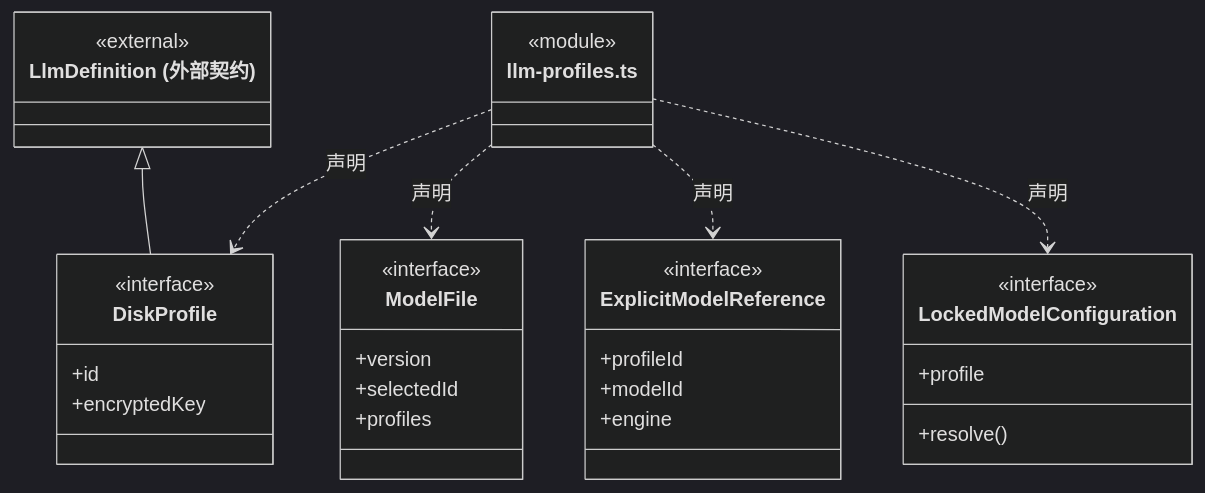
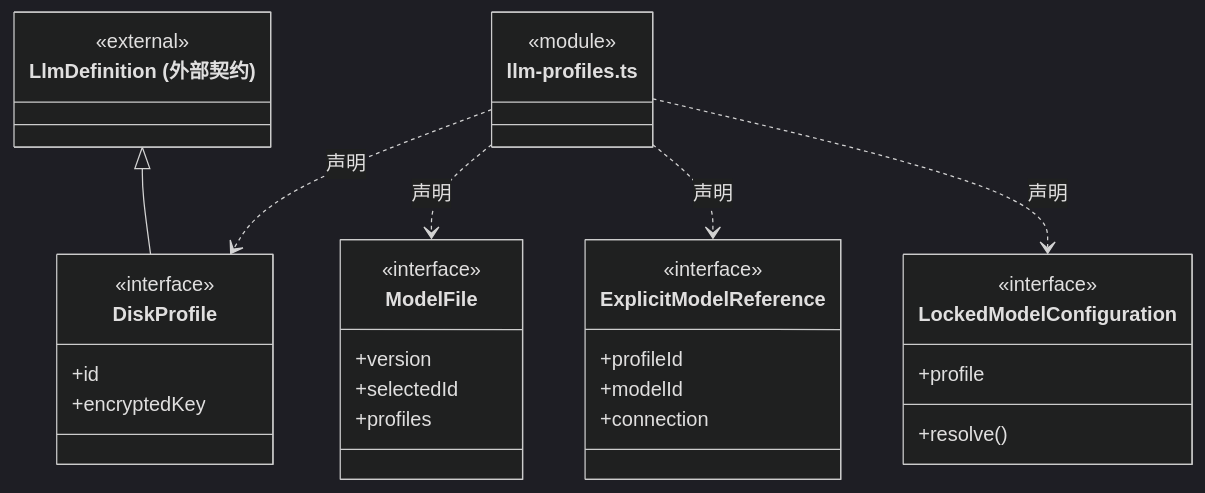
One commit to nan023062/cbim changed the second of 5 diagrams in src/logic/models/service/ARCHITECTURE.md. Above: the diagram before and after it, drawn with Mermaid (dark theme). The commit also changed other lines of this file and 131 other files, not shown here.

````diff
--- a/src/logic/models/service/ARCHITECTURE.md
+++ b/src/logic/models/service/ARCHITECTURE.md
@@ -30,36 +30,36 @@
 ```mermaid
 classDiagram
 class N_src_logic_models_service_llm_profiles_ts["llm-profiles.ts"] {
   <<module>>
 }
 class N_src_logic_models_service_llm_profiles_ts_DiskProfile["DiskProfile"] {
   <<interface>>
   +id
   +encryptedKey
 }
 N_src_logic_models_service_llm_profiles_ts ..> N_src_logic_models_service_llm_profiles_ts_DiskProfile : 声明
 class N_src_logic_models_service_llm_profiles_ts_external_LlmDefinition["LlmDefinition (外部契约)"] {
   <<external>>
 }
 N_src_logic_models_service_llm_profiles_ts_external_LlmDefinition <|-- N_src_logic_models_service_llm_profiles_ts_DiskProfile
 class N_src_logic_models_service_llm_profiles_ts_ModelFile["ModelFile"] {
   <<interface>>
   +version
   +selectedId
   +profiles
 }
 N_src_logic_models_service_llm_profiles_ts ..> N_src_logic_models_service_llm_profiles_ts_ModelFile : 声明
 class N_src_logic_models_service_llm_profiles_ts_ExplicitModelReference["ExplicitModelReference"] {
   <<interface>>
   +profileId
   +modelId
-  +engine
+  +connection
 }
 N_src_logic_models_service_llm_profiles_ts ..> N_src_logic_models_service_llm_profiles_ts_ExplicitModelReference : 声明
 class N_src_logic_models_service_llm_profiles_ts_LockedModelConfiguration["LockedModelConfiguration"] {
   <<interface>>
   +profile
   +resolve()
 }
 N_src_logic_models_service_llm_profiles_ts ..> N_src_logic_models_service_llm_profiles_ts_LockedModelConfiguration : 声明
 ```
````
